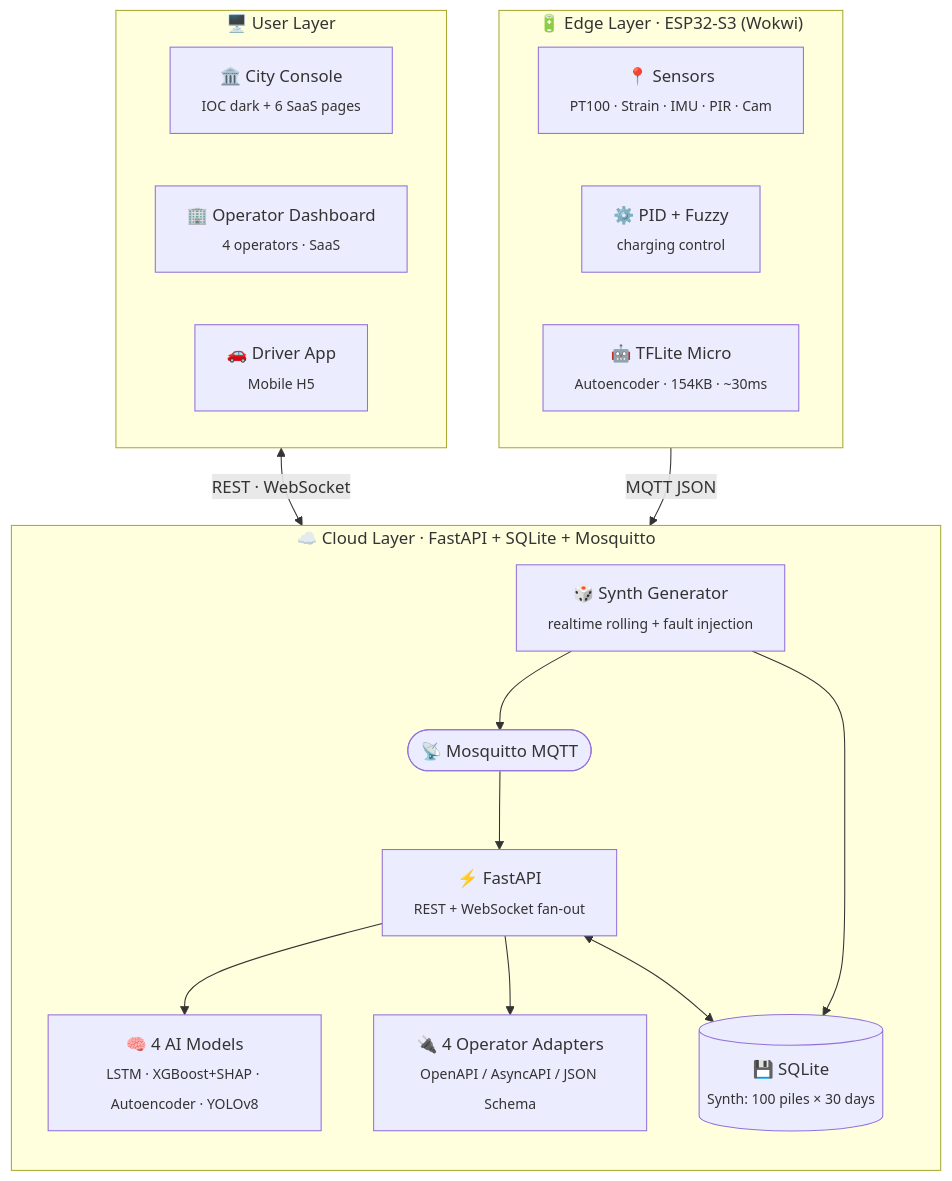
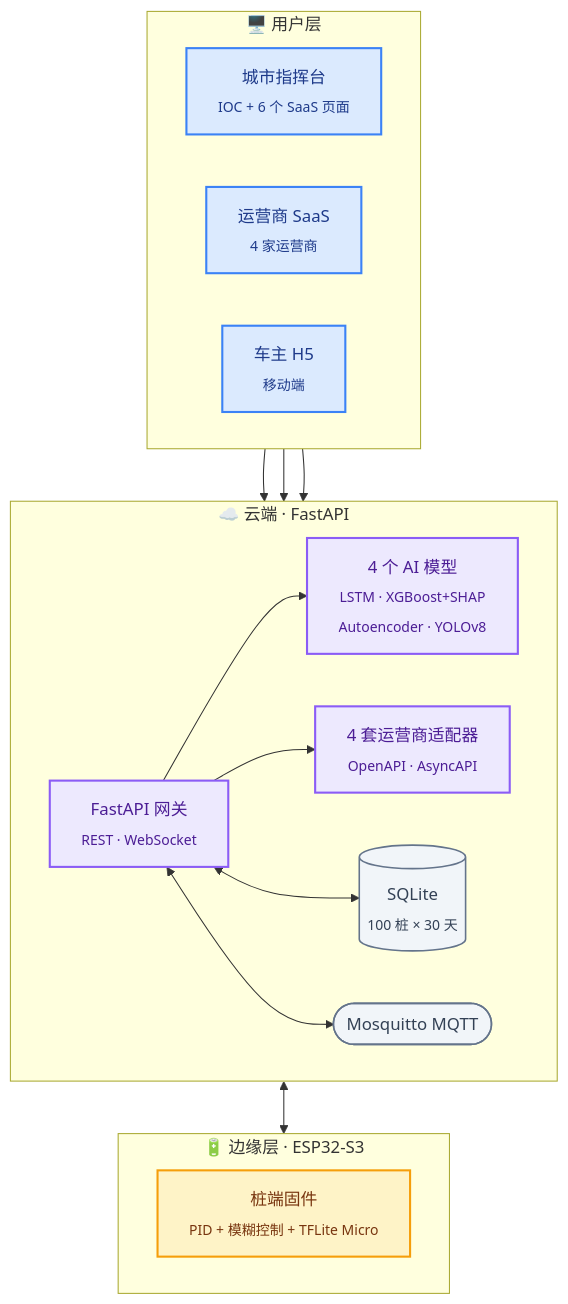
One commit to lucifer-holly/hangzhou-ev-brain changed the diagram in README.zh.md. Above: the diagram before and after it, drawn with Mermaid. The commit also changed 1 other file, not shown here.

Commit message:
refactor: redesign README architecture diagram for cleaner Mermaid render
The previous diagram had 12 nodes spread across three subgraphs, mixed
shapes, an emoji on every node, and no color hierarchy — GitHub's
auto-layout produced crossing edges that were hard to scan.

Redesign:
- Drop Synth Generator from the diagram (kept in docs/architecture.md)
- Merge Edge Layer's Sensors / Control / TFLM into one Pile Firmware node
- Color-code three layers via classDef:
  blue (User) / violet (Cloud) / amber (Edge) / slate (Storage)
- Reduce emoji usage to one per subgraph title only
- Same redesign mirrored in README.zh.md with Chinese labels

````diff
--- a/README.zh.md
+++ b/README.zh.md
@@ -138,35 +138,42 @@
 ```mermaid
 flowchart TB
-    subgraph User["🖥️ User Layer"]
+    subgraph user["🖥️ 用户层"]
         direction LR
-        CC["🏛️ City Console<br/><sub>IOC dark + 6 SaaS pages</sub>"]
-        OD["🏢 Operator Dashboard<br/><sub>4 operators · SaaS</sub>"]
-        DA["🚗 Driver App<br/><sub>Mobile H5</sub>"]
+        U1["城市指挥台<br/><sub>IOC + 6 个 SaaS 页面</sub>"]
+        U2["运营商 SaaS<br/><sub>4 家运营商</sub>"]
+        U3["车主 H5<br/><sub>移动端</sub>"]
     end
 
-    subgraph Cloud["☁️ Cloud Layer · FastAPI + SQLite + Mosquitto"]
-        direction TB
-        API["⚡ FastAPI<br/><sub>REST + WebSocket fan-out</sub>"]
-        AI["🧠 4 AI Models<br/><sub>LSTM · XGBoost+SHAP · Autoencoder · YOLOv8</sub>"]
-        ADP["🔌 4 Operator Adapters<br/><sub>OpenAPI / AsyncAPI / JSON Schema</sub>"]
-        MQTT(["📡 Mosquitto MQTT"])
-        DB[("💾 SQLite<br/><sub>Synth: 100 piles × 30 days</sub>")]
-        SYNTH["🎲 Synth Generator<br/><sub>realtime rolling + fault injection</sub>"]
+    subgraph cloud["☁️ 云端 · FastAPI"]
+        direction LR
+        API["FastAPI 网关<br/><sub>REST · WebSocket</sub>"]
+        AI["4 个 AI 模型<br/><sub>LSTM · XGBoost+SHAP<br/>Autoencoder · YOLOv8</sub>"]
+        ADP["4 套运营商适配器<br/><sub>OpenAPI · AsyncAPI</sub>"]
+        DB[("SQLite<br/><sub>100 桩 × 30 天</sub>")]
+        MQ(["Mosquitto MQTT"])
     end
 
-    subgraph Edge["🔋 Edge Layer · ESP32-S3 (Wokwi)"]
+    subgraph edge["🔋 边缘层 · ESP32-S3"]
         direction LR
-        SENS["📍 Sensors<br/><sub>PT100 · Strain · IMU · PIR · Cam</sub>"]
-        CTRL["⚙️ PID + Fuzzy<br/><sub>charging control</sub>"]
-        TFLM["🤖 TFLite Micro<br/><sub>Autoencoder · 154KB · ~30ms</sub>"]
+        ESP["桩端固件<br/><sub>PID + 模糊控制 + TFLite Micro</sub>"]
     end
 
-    User <-->|"REST · WebSocket"| API
+    U1 --> API
+    U2 --> API
+    U3 --> API
     API --> AI
     API --> ADP
     API <--> DB
-    SYNTH --> DB
-    SYNTH --> MQTT
-    Edge -->|"MQTT JSON"| MQTT
-    MQTT --> API
+    API <--> MQ
+    MQ <--> ESP
+
+    classDef userStyle fill:#dbeafe,stroke:#3b82f6,stroke-width:2px,color:#1e3a8a
+    classDef cloudStyle fill:#ede9fe,stroke:#8b5cf6,stroke-width:2px,color:#4c1d95
+    classDef edgeStyle fill:#fef3c7,stroke:#f59e0b,stroke-width:2px,color:#78350f
+    classDef storeStyle fill:#f1f5f9,stroke:#64748b,stroke-width:1.5px,color:#334155
+
+    class U1,U2,U3 userStyle
+    class API,AI,ADP cloudStyle
+    class DB,MQ storeStyle
+    class ESP edgeStyle
 ```
````
